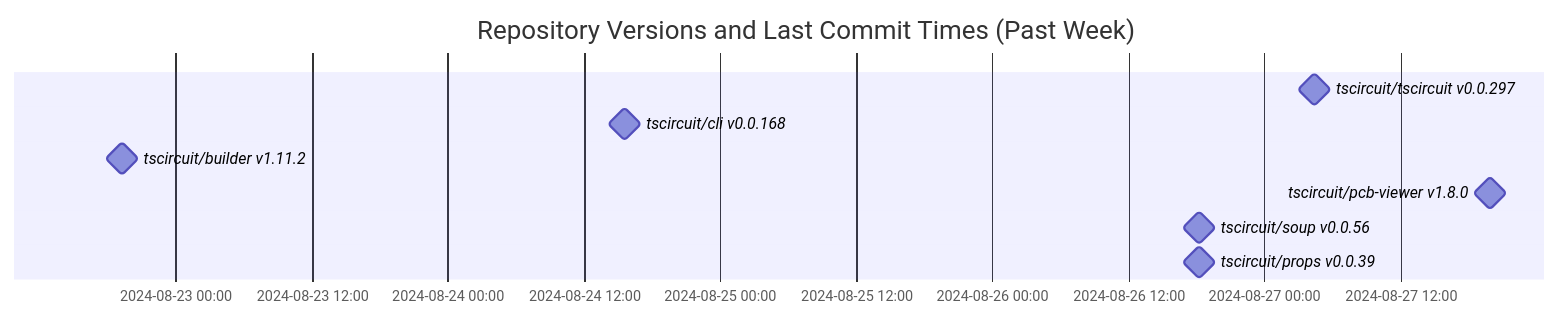
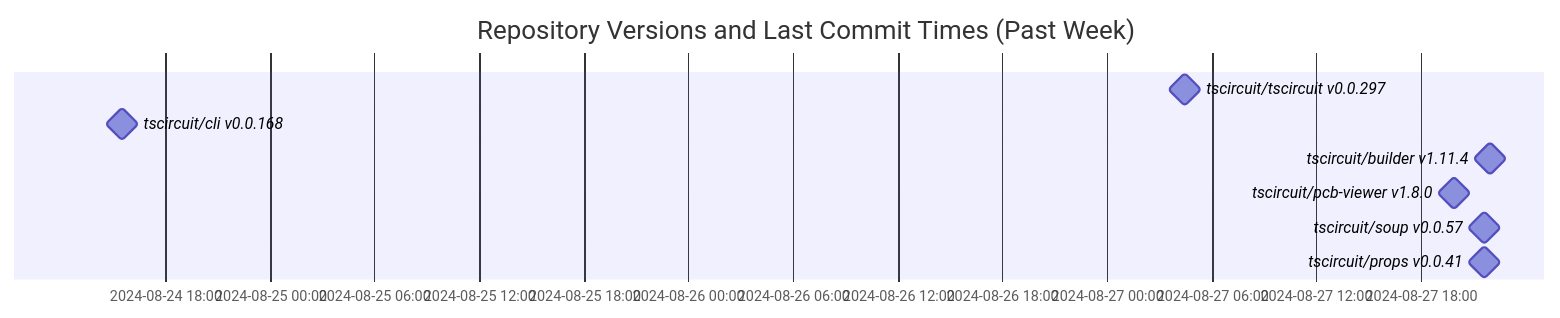
One commit to tscircuit/version-tracker changed the diagram in README.md. Above: the diagram before and after it, drawn with Mermaid.

Commit message:
Update chart

````diff
--- a/README.md
+++ b/README.md
@@ -1,13 +1,13 @@
 ```mermaid
 gantt
   dateFormat  YYYY-MM-DD HH:mm:ss
   title Repository Versions and Last Commit Times (Past Week)
   axisFormat %Y-%m-%d %H:%M
 
   tscircuit/tscircuit v0.0.297 : milestone, 2024-08-27 04:25:04, 1s
   tscircuit/cli v0.0.168 : milestone, 2024-08-24 15:32:19, 1s
-  tscircuit/builder v1.11.2 : milestone, 2024-08-22 19:17:19, 1s
+  tscircuit/builder v1.11.4 : milestone, 2024-08-27 21:56:45, 1s
   tscircuit/pcb-viewer v1.8.0 : milestone, 2024-08-27 19:53:15, 1s
-  tscircuit/soup v0.0.56 : milestone, 2024-08-26 18:17:15, 1s
-  tscircuit/props v0.0.39 : milestone, 2024-08-26 18:16:02, 1s
+  tscircuit/soup v0.0.57 : milestone, 2024-08-27 21:37:32, 1s
+  tscircuit/props v0.0.41 : milestone, 2024-08-27 21:35:18, 1s
 ```
````
